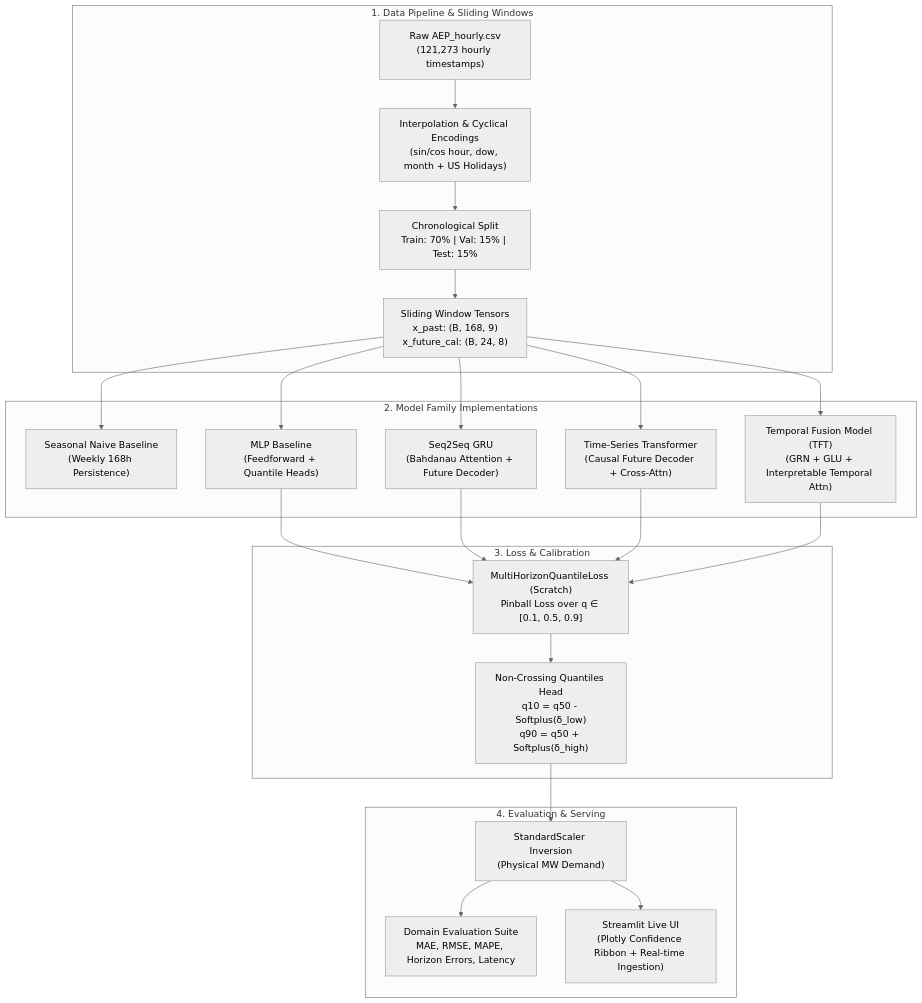
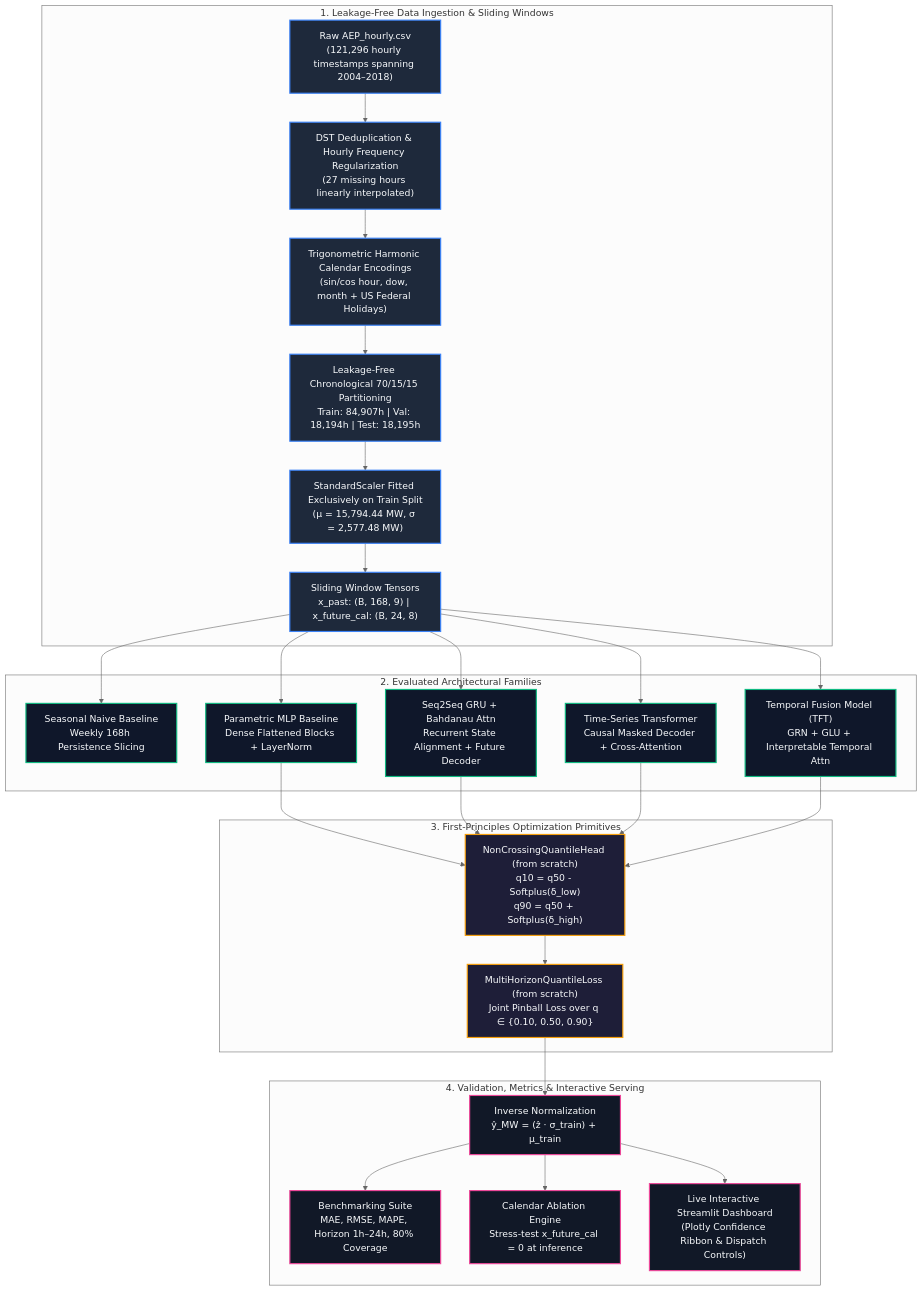
One commit to omarsamy1995/Multi-horizon-electricity-load-forecasting changed the diagram in README.md. Above: the diagram before and after it, drawn with Mermaid (neutral theme). The commit also changed other lines of this file and 4 other files, not shown here.

````diff
--- a/README.md
+++ b/README.md
@@ -64,27 +137,46 @@
 ```mermaid
 flowchart TD
-    subgraph Data["1. Data Pipeline & Sliding Windows"]
-        Raw["Raw AEP_hourly.csv<br/>(121,273 hourly timestamps)"] --> Pre["Interpolation & Cyclical Encodings<br/>(sin/cos hour, dow, month + US Holidays)"]
-        Pre --> Split["Chronological Split<br/>Train: 70% | Val: 15% | Test: 15%"]
-        Split --> Windows["Sliding Window Tensors<br/>x_past: (B, 168, 9)<br/>x_future_cal: (B, 24, 8)"]
+    %% Styling Definitions
+    classDef dataStage fill:#1e293b,stroke:#3b82f6,stroke-width:2px,color:#f8fafc;
+    classDef modelStage fill:#0f172a,stroke:#10b981,stroke-width:2px,color:#f8fafc;
+    classDef lossStage fill:#1e1e38,stroke:#f59e0b,stroke-width:2px,color:#f8fafc;
+    classDef serveStage fill:#111827,stroke:#ec4899,stroke-width:2px,color:#f8fafc;
+
+    subgraph DataPipeline["1. Leakage-Free Data Ingestion & Sliding Windows"]
+        Raw["Raw AEP_hourly.csv<br/>(121,296 hourly timestamps spanning 2004–2018)"]:::dataStage
+        Pre["DST Deduplication & Hourly Frequency Regularization<br/>(27 missing hours linearly interpolated)"]:::dataStage
+        Feat["Trigonometric Harmonic Calendar Encodings<br/>(sin/cos hour, dow, month + US Federal Holidays)"]:::dataStage
+        Split["Leakage-Free Chronological 70/15/15 Partitioning<br/>Train: 84,907h | Val: 18,194h | Test: 18,195h"]:::dataStage
+        Scale["StandardScaler Fitted Exclusively on Train Split<br/>(μ = 15,794.44 MW, σ = 2,577.48 MW)"]:::dataStage
+        Tensors["Sliding Window Tensors<br/>x_past: (B, 168, 9) | x_future_cal: (B, 24, 8)"]:::dataStage
+
+        Raw --> Pre --> Feat --> Split --> Scale --> Tensors
     end
 
-    subgraph Models["2. Model Family Implementations"]
-        Windows --> M1["Seasonal Naive Baseline<br/>(Weekly 168h Persistence)"]
-        Windows --> M2["MLP Baseline<br/>(Feedforward + Quantile Heads)"]
-        Windows --> M3["Seq2Seq GRU<br/>(Bahdanau Attention + Future Decoder)"]
-        Windows --> M4["Time-Series Transformer<br/>(Causal Future Decoder + Cross-Attn)"]
-        Windows --> M5["Temporal Fusion Model (TFT)<br/>(GRN + GLU + Interpretable Temporal Attn)"]
+    subgraph ModelZoo["2. Evaluated Architectural Families"]
+        M1["Seasonal Naive Baseline<br/>Weekly 168h Persistence Slicing"]:::modelStage
+        M2["Parametric MLP Baseline<br/>Dense Flattened Blocks + LayerNorm"]:::modelStage
+        M3["Seq2Seq GRU + Bahdanau Attn<br/>Recurrent State Alignment + Future Decoder"]:::modelStage
+        M4["Time-Series Transformer<br/>Causal Masked Decoder + Cross-Attention"]:::modelStage
+        M5["Temporal Fusion Model (TFT)<br/>GRN + GLU + Interpretable Temporal Attn"]:::modelStage
+
+        Tensors --> M1 & M2 & M3 & M4 & M5
     end
 
-    subgraph Optimization["3. Loss & Calibration"]
-        M2 & M3 & M4 & M5 --> Loss["MultiHorizonQuantileLoss (Scratch)<br/>Pinball Loss over q ∈ [0.1, 0.5, 0.9]"]
-        Loss --> Monotonic["Non-Crossing Quantiles Head<br/>q10 = q50 - Softplus(δ_low)<br/>q90 = q50 + Softplus(δ_high)"]
+    subgraph ScratchCore["3. First-Principles Optimization Primitives"]
+        Monotonic["NonCrossingQuantileHead (from scratch)<br/>q10 = q50 - Softplus(δ_low)<br/>q90 = q50 + Softplus(δ_high)"]:::lossStage
+        Loss["MultiHorizonQuantileLoss (from scratch)<br/>Joint Pinball Loss over q ∈ {0.10, 0.50, 0.90}"]:::lossStage
+
+        M2 & M3 & M4 & M5 --> Monotonic --> Loss
     end
 
-    subgraph Outputs["4. Evaluation & Serving"]
-        Monotonic --> Unscale["StandardScaler Inversion<br/>(Physical MW Demand)"]
-        Unscale --> Metrics["Domain Evaluation Suite<br/>MAE, RMSE, MAPE, Horizon Errors, Latency"]
-        Unscale --> Demo["Streamlit Live UI<br/>(Plotly Confidence Ribbon + Real-time Ingestion)"]
+    subgraph EvaluationServing["4. Validation, Metrics & Interactive Serving"]
+        Invert["Inverse Normalization<br/>ŷ_MW = (ẑ · σ_train) + μ_train"]:::serveStage
+        Metrics["Benchmarking Suite<br/>MAE, RMSE, MAPE, Horizon 1h–24h, 80% Coverage"]:::serveStage
+        Ablation["Calendar Ablation Engine<br/>Stress-test x_future_cal = 0 at inference"]:::serveStage
+        Streamlit["Live Interactive Streamlit Dashboard<br/>(Plotly Confidence Ribbon & Dispatch Controls)"]:::serveStage
+
+        Loss --> Invert
+        Invert --> Metrics & Ablation & Streamlit
     end
 ```
````
